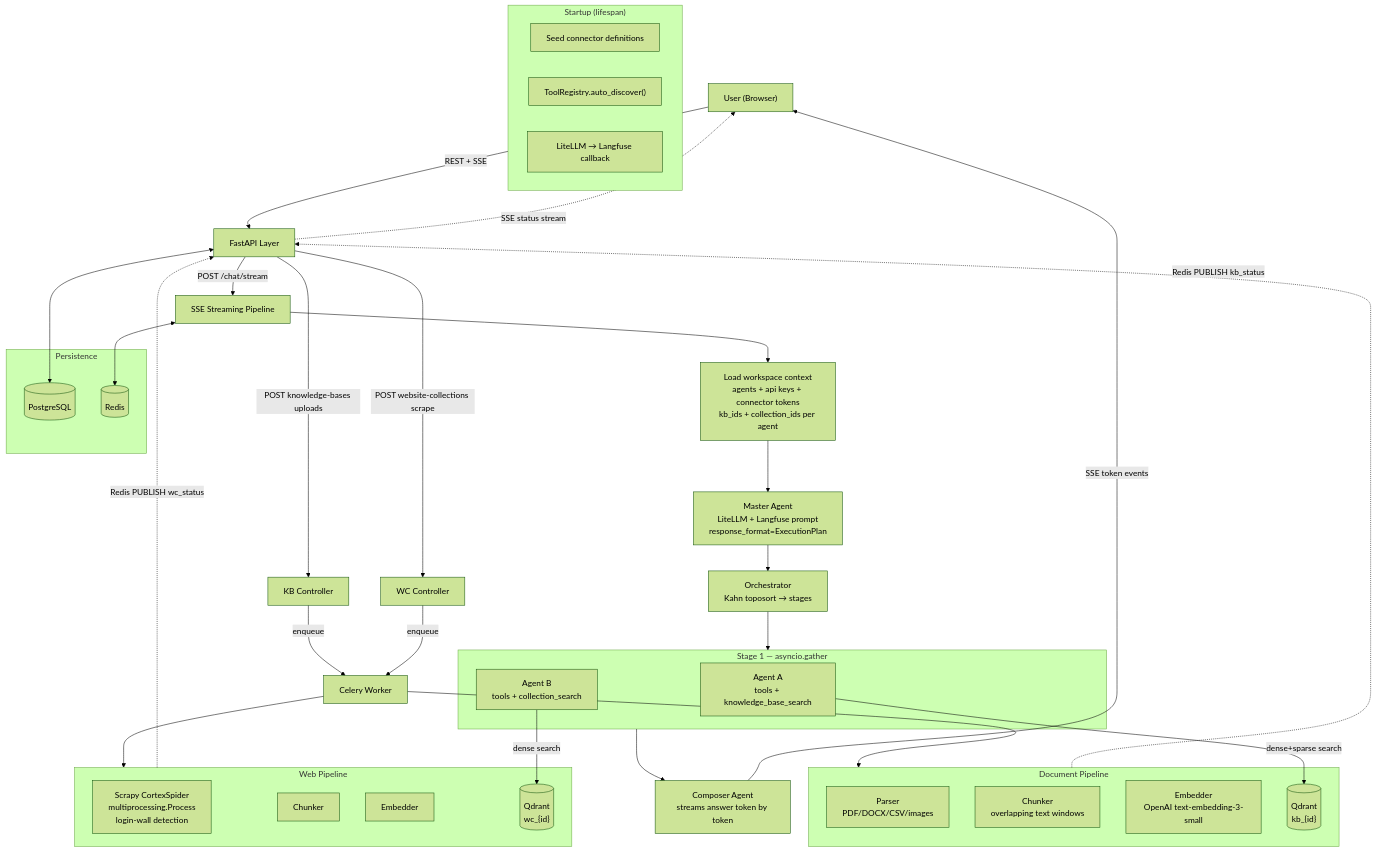
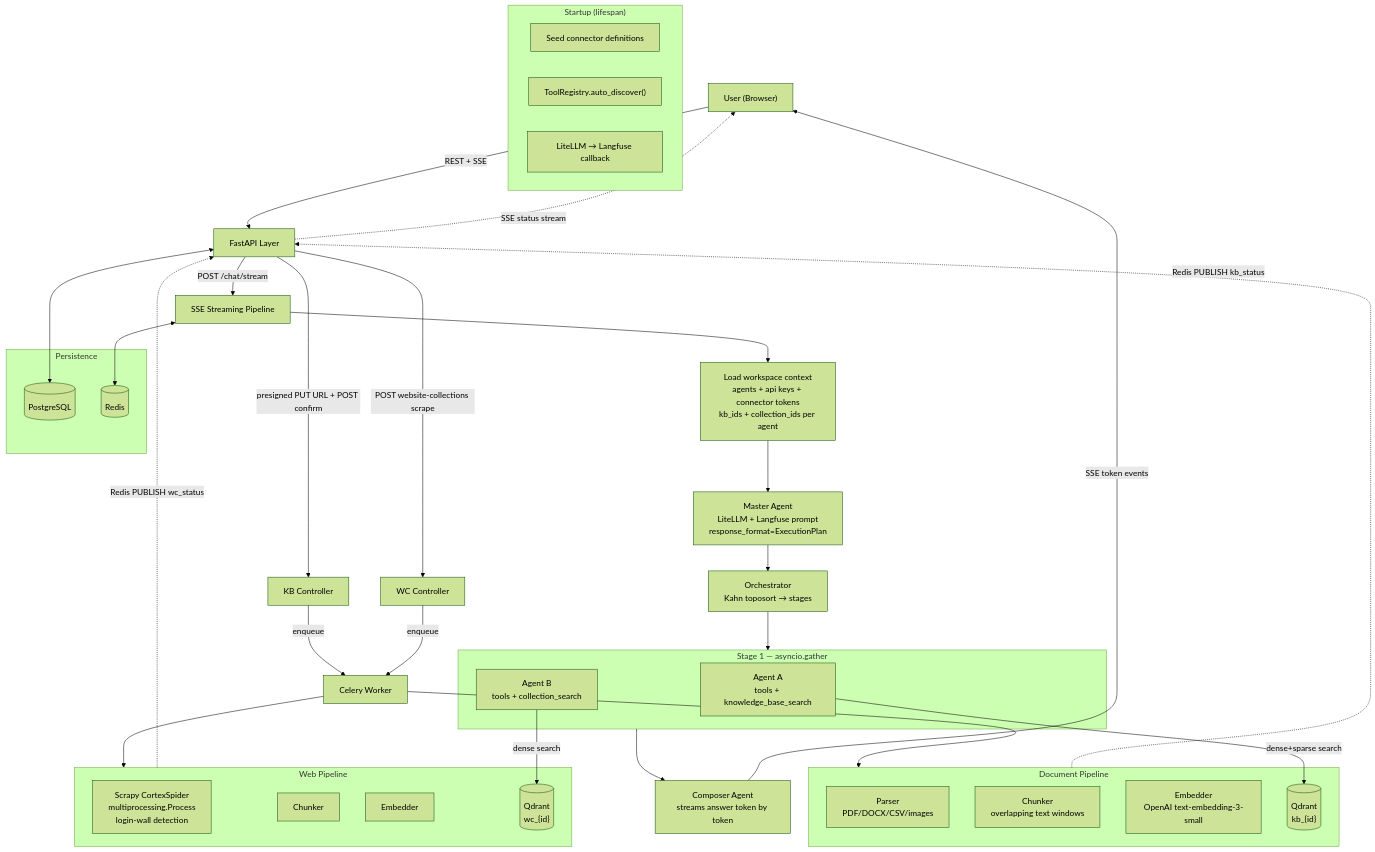
Before and after one commit to vinu0404/Cortex: the first of 14 diagrams in README.md, drawn with Mermaid (forest theme). The commit also changed other lines of this file and 6 other files, not shown here.

````diff
--- a/README.md
+++ b/README.md
@@ -128,63 +148,63 @@
 ```mermaid
 graph TB
     User["User (Browser)"]
 
     User -->|REST + SSE| API["FastAPI Layer"]
 
     subgraph Startup["Startup (lifespan)"]
         Seed["Seed connector definitions"]
         Discover["ToolRegistry.auto_discover()"]
         LFHook["LiteLLM → Langfuse callback"]
     end
 
     API -->|POST /chat/stream| Stream["SSE Streaming Pipeline"]
-    API -->|POST knowledge-bases uploads| KBCtrl["KB Controller"]
+    API -->|presigned PUT URL + POST confirm| KBCtrl["KB Controller"]
     API -->|POST website-collections scrape| WCCtrl["WC Controller"]
 
     Stream --> LoadCtx["Load workspace context\nagents + api keys + connector tokens\nkb_ids + collection_ids per agent"]
     LoadCtx --> Master["Master Agent\nLiteLLM + Langfuse prompt\nresponse_format=ExecutionPlan"]
     Master --> Orch["Orchestrator\nKahn toposort → stages"]
 
     subgraph Stage1["Stage 1 — asyncio.gather"]
         A1["Agent A\ntools + knowledge_base_search"]
         A2["Agent B\ntools + collection_search"]
     end
 
     Orch --> Stage1
     Stage1 --> Composer["Composer Agent\nstreams answer token by token"]
     Composer -->|SSE token events| User
 
     KBCtrl -->|enqueue| Celery["Celery Worker"]
     WCCtrl -->|enqueue| Celery
 
     subgraph DocPipeline["Document Pipeline"]
         Parse["Parser\nPDF/DOCX/CSV/images"]
         Chunk["Chunker\noverlapping text windows"]
         Embed["Embedder\nOpenAI text-embedding-3-small"]
         QdrantKB[("Qdrant\nkb_{id}")]
     end
 
     subgraph WebPipeline["Web Pipeline"]
         Spider["Scrapy CortexSpider\nmultiprocessing.Process\nlogin-wall detection"]
         WChunk["Chunker"]
         WEmbed["Embedder"]
         QdrantWC[("Qdrant\nwc_{id}")]
     end
 
     Celery --> DocPipeline
     Celery --> WebPipeline
 
     DocPipeline -.->|Redis PUBLISH kb_status| API
     WebPipeline -.->|Redis PUBLISH wc_status| API
     API -.->|SSE status stream| User
 
     subgraph Persistence
         PG[("PostgreSQL")]
         Redis[("Redis")]
     end
 
     API <--> PG
     Stream <--> Redis
     A1 -->|dense+sparse search| QdrantKB
     A2 -->|dense search| QdrantWC
 ```
````
